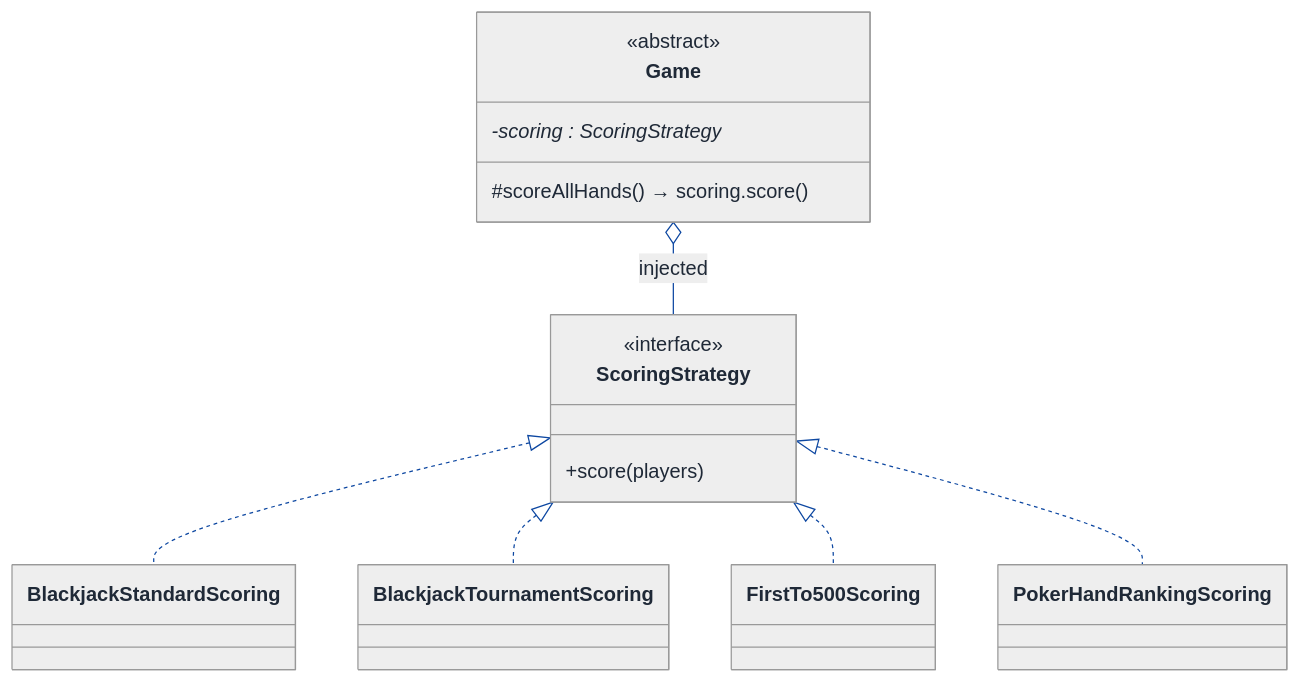
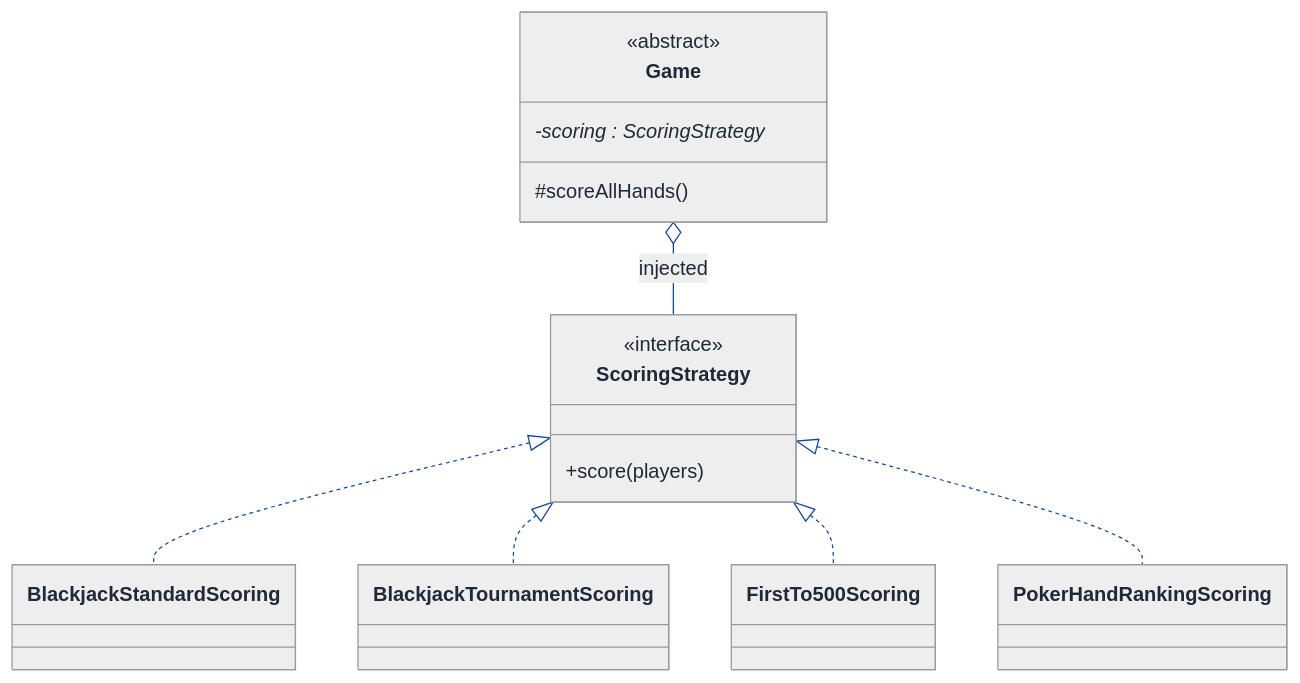
One commit to Prateek-5/question-bank changed the third of 7 diagrams in LLD/Topics/Template_Method/Card_Game_Framework.md. Above: the diagram before and after it, drawn with Mermaid. The commit also changed 61 other files, not shown here.

First line of the commit message:
Fix invalid mermaid classDiagram member syntax across LLD walkthroughs

````diff
--- a/LLD/Topics/Template_Method/Card_Game_Framework.md
+++ b/LLD/Topics/Template_Method/Card_Game_Framework.md
@@ -569,54 +569,54 @@
 ```mermaid
 ---
 config:
   theme: neutral
   themeVariables:
     background: '#ffffff'
     primaryColor: '#cfe2ff'
     primaryTextColor: '#1f2937'
     primaryBorderColor: '#084298'
     secondaryColor: '#fff3cd'
     secondaryTextColor: '#1f2937'
     secondaryBorderColor: '#664d03'
     tertiaryColor: '#d1e7dd'
     tertiaryTextColor: '#1f2937'
     tertiaryBorderColor: '#0a3622'
     lineColor: '#0d47a1'
     textColor: '#1f2937'
     noteBkgColor: '#fff3cd'
     noteTextColor: '#1f2937'
     noteBorderColor: '#997404'
     actorBkg: '#cfe2ff'
     actorBorder: '#084298'
     actorTextColor: '#1f2937'
     signalColor: '#0d47a1'
     signalTextColor: '#1f2937'
     labelBoxBkgColor: '#ffffff'
     labelBoxBorderColor: '#d3d3d3'
     labelTextColor: '#1f2937'
     edgeLabelBackground: '#ffffff'
     labelBackground: '#ffffff'
     classText: '#1f2937'
     fontFamily: 'system-ui, -apple-system, Segoe UI, Helvetica, Arial, sans-serif'
 ---
 classDiagram
   direction TB
   class Game {
     <<abstract>>
     -scoring : ScoringStrategy*
-    #scoreAllHands() → scoring.score()
+    #scoreAllHands()
   }
   class ScoringStrategy {
     <<interface>>
     +score(players)
   }
   class BlackjackStandardScoring
   class BlackjackTournamentScoring
   class FirstTo500Scoring
   class PokerHandRankingScoring
   Game o-- ScoringStrategy : injected
   ScoringStrategy <|.. BlackjackStandardScoring
   ScoringStrategy <|.. BlackjackTournamentScoring
   ScoringStrategy <|.. FirstTo500Scoring
   ScoringStrategy <|.. PokerHandRankingScoring
 ```
````
